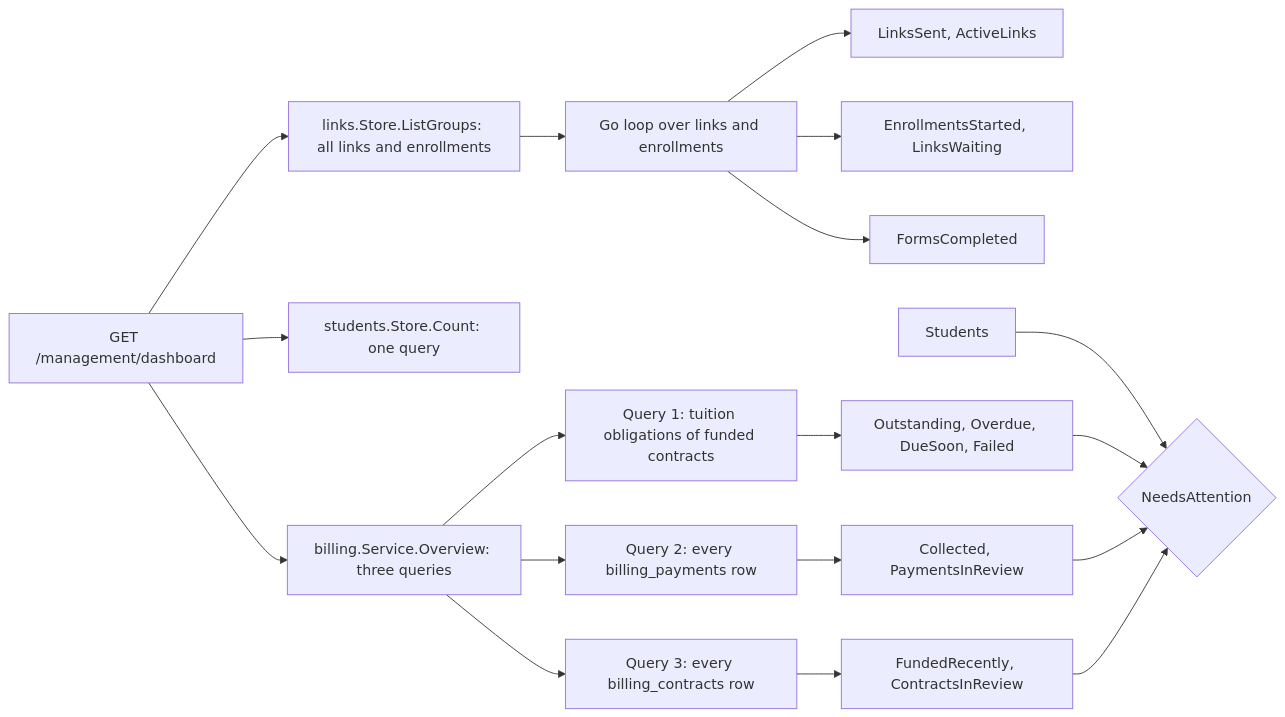
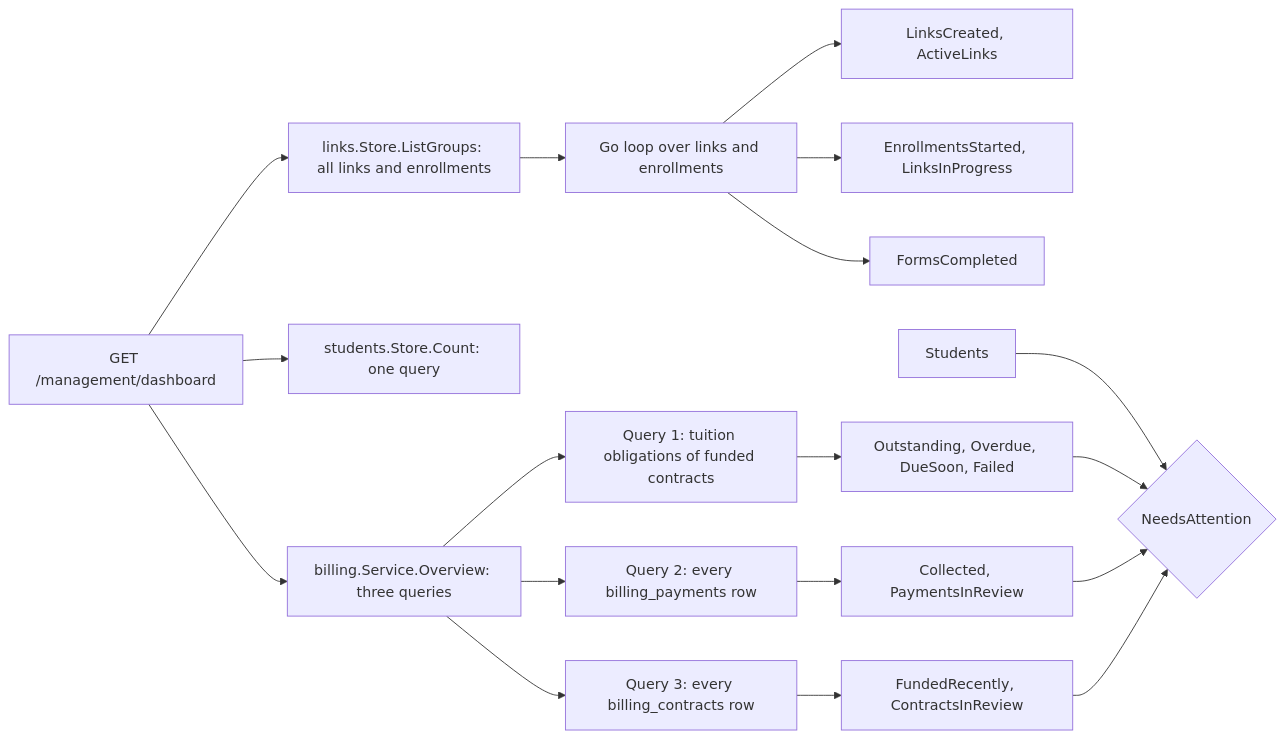
One commit to devGabriel131/ProjectHermes changed the diagram in docs/management/dashboard.md. Above: the diagram before and after it, drawn with Mermaid. The commit also changed other lines of this file and 97 other files, not shown here.

````diff
--- a/docs/management/dashboard.md
+++ b/docs/management/dashboard.md
@@ -9,20 +9,20 @@
 ```mermaid
 flowchart LR
     Handler["GET /management/dashboard"] --> Links["links.Store.ListGroups: all links and enrollments"]
     Handler --> Count["students.Store.Count: one query"]
     Handler --> Overview["billing.Service.Overview: three queries"]
     Links --> Loop["Go loop over links and enrollments"]
-    Loop --> Sent["LinksSent, ActiveLinks"]
-    Loop --> Started["EnrollmentsStarted, LinksWaiting"]
+    Loop --> Sent["LinksCreated, ActiveLinks"]
+    Loop --> Started["EnrollmentsStarted, LinksInProgress"]
     Loop --> Forms["FormsCompleted"]
     Overview --> Q1["Query 1: tuition obligations of funded contracts"]
     Overview --> Q2["Query 2: every billing_payments row"]
     Overview --> Q3["Query 3: every billing_contracts row"]
     Q1 --> Money["Outstanding, Overdue, DueSoon, Failed"]
     Q2 --> Cash["Collected, PaymentsInReview"]
     Q3 --> Contracts["FundedRecently, ContractsInReview"]
     Students --> Attention{"NeedsAttention"}
     Money --> Attention
     Cash --> Attention
     Contracts --> Attention
 ```
````
